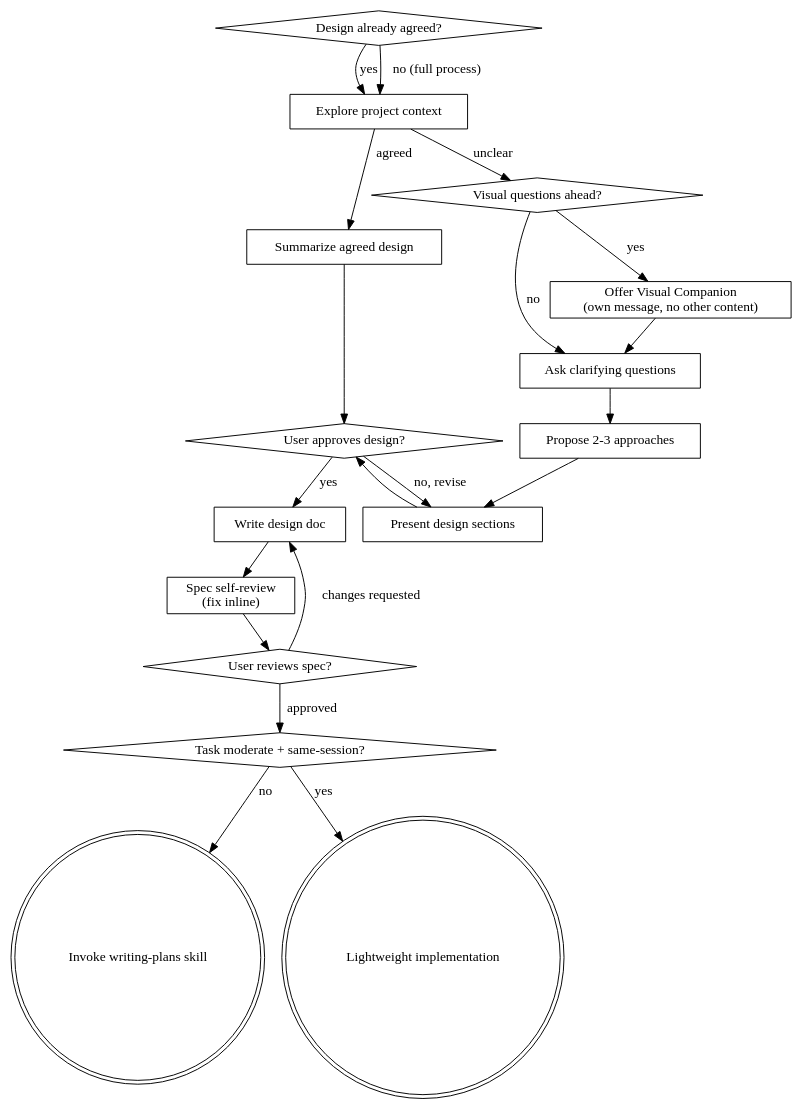
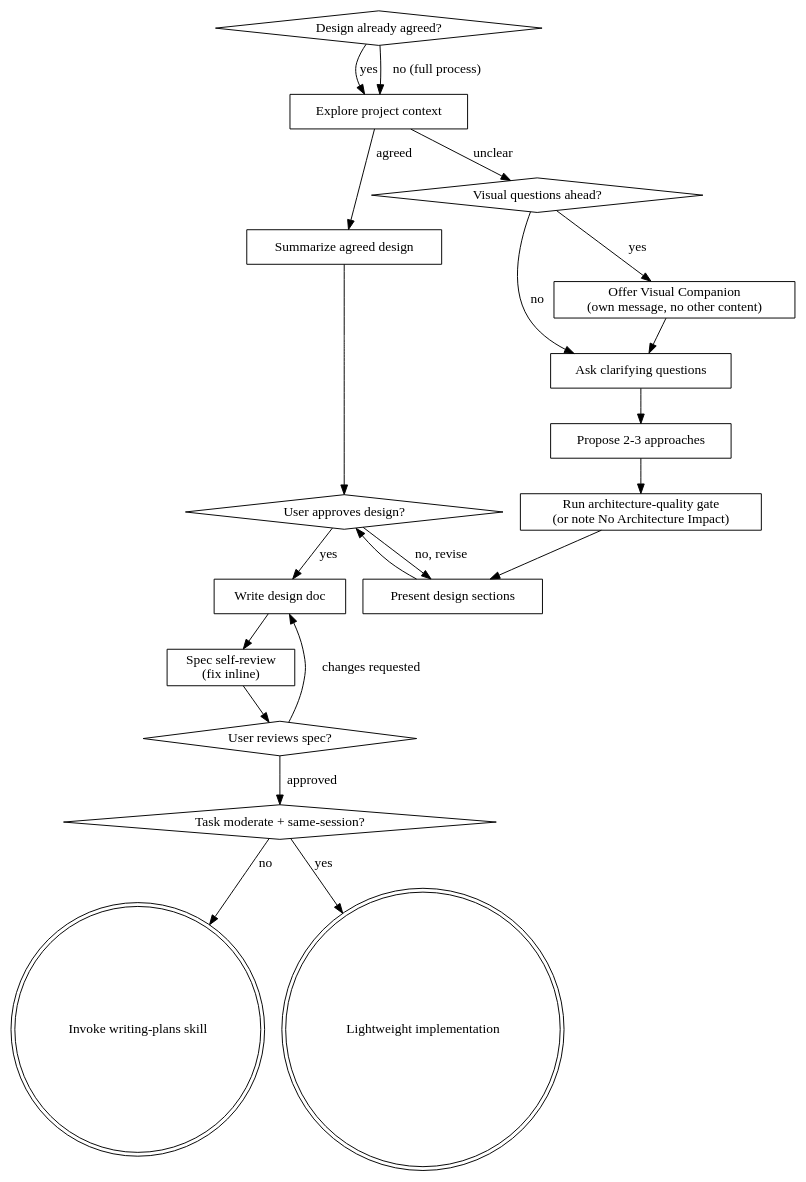
One commit to anortham/razorback changed the diagram in skills/brainstorming/SKILL.md. Above: the diagram before and after it, drawn with Graphviz. The commit also changed other lines of this file and 27 other files, not shown here.

First line of the commit message:
Add architecture-quality skill (#3)

````diff
--- a/skills/brainstorming/SKILL.md
+++ b/skills/brainstorming/SKILL.md
@@ -70,41 +71,43 @@
 ```dot
 digraph brainstorming {
     "Design already agreed?" [shape=diamond];
     "Task moderate + same-session?" [shape=diamond];
     "Explore project context" [shape=box];
+    "Run architecture-quality gate\n(or note No Architecture Impact)" [shape=box];
     "Summarize agreed design" [shape=box];
     "Visual questions ahead?" [shape=diamond];
     "Offer Visual Companion\n(own message, no other content)" [shape=box];
     "Ask clarifying questions" [shape=box];
     "Propose 2-3 approaches" [shape=box];
     "Present design sections" [shape=box];
     "User approves design?" [shape=diamond];
     "Write design doc" [shape=box];
     "Spec self-review\n(fix inline)" [shape=box];
     "User reviews spec?" [shape=diamond];
     "Invoke writing-plans skill" [shape=doublecircle];
     "Lightweight implementation" [shape=doublecircle];
 
     "Design already agreed?" -> "Explore project context" [label="yes"];
     "Design already agreed?" -> "Explore project context" [label="no (full process)"];
 
     "Explore project context" -> "Summarize agreed design" [label="agreed"];
     "Explore project context" -> "Visual questions ahead?" [label="unclear"];
     "Visual questions ahead?" -> "Offer Visual Companion\n(own message, no other content)" [label="yes"];
     "Visual questions ahead?" -> "Ask clarifying questions" [label="no"];
     "Offer Visual Companion\n(own message, no other content)" -> "Ask clarifying questions";
     "Ask clarifying questions" -> "Propose 2-3 approaches";
-    "Propose 2-3 approaches" -> "Present design sections";
+    "Propose 2-3 approaches" -> "Run architecture-quality gate\n(or note No Architecture Impact)";
+    "Run architecture-quality gate\n(or note No Architecture Impact)" -> "Present design sections";
     "Present design sections" -> "User approves design?";
     "Summarize agreed design" -> "User approves design?";
 
     "User approves design?" -> "Present design sections" [label="no, revise"];
     "User approves design?" -> "Write design doc" [label="yes"];
     "Write design doc" -> "Spec self-review\n(fix inline)";
     "Spec self-review\n(fix inline)" -> "User reviews spec?";
     "User reviews spec?" -> "Write design doc" [label="changes requested"];
     "User reviews spec?" -> "Task moderate + same-session?" [label="approved"];
     "Task moderate + same-session?" -> "Lightweight implementation" [label="yes"];
     "Task moderate + same-session?" -> "Invoke writing-plans skill" [label="no"];
 }
 ```
````
